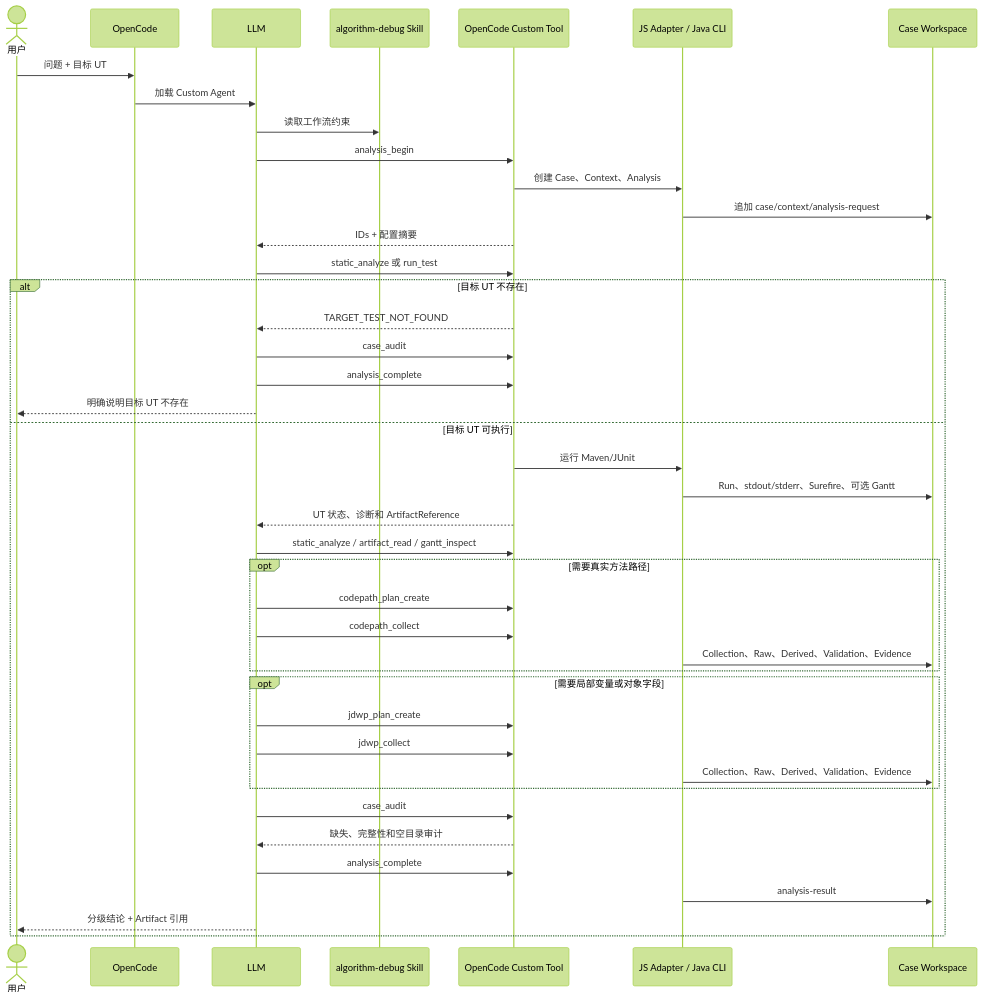
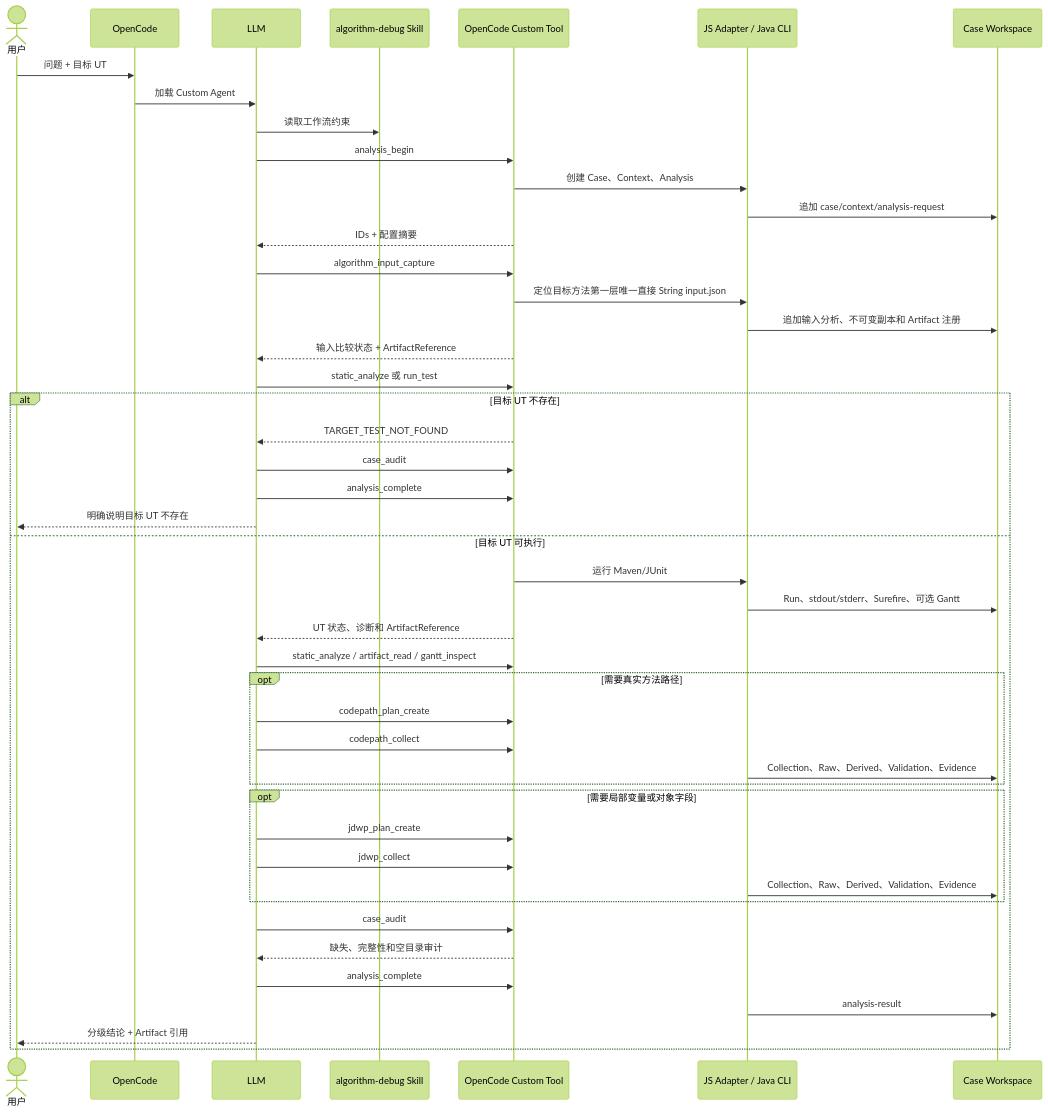
One commit to mh90901119-oss/algorithm-debug-agent changed the diagram in docs/architecture/algorithm-debug-agent-module-detailed-design-v1.md. Above: the diagram before and after it, drawn with Mermaid (forest theme). The commit also changed other lines of this file and 71 other files, not shown here.

Commit message:
feat: add algorithm input capture and portable lifecycle

````diff
--- a/docs/architecture/algorithm-debug-agent-module-detailed-design-v1.md
+++ b/docs/architecture/algorithm-debug-agent-module-detailed-design-v1.md
@@ -31,45 +31,49 @@
 ```mermaid
 sequenceDiagram
     actor U as 用户
     participant O as OpenCode
     participant M as LLM
     participant S as algorithm-debug Skill
     participant T as OpenCode Custom Tool
     participant J as JS Adapter / Java CLI
     participant W as Case Workspace
 
     U->>O: 问题 + 目标 UT
     O->>M: 加载 Custom Agent
     M->>S: 读取工作流约束
     M->>T: analysis_begin
     T->>J: 创建 Case、Context、Analysis
     J->>W: 追加 case/context/analysis-request
     T-->>M: IDs + 配置摘要
+    M->>T: algorithm_input_capture
+    T->>J: 定位目标方法第一层唯一直接 String input.json
+    J->>W: 追加输入分析、不可变副本和 Artifact 注册
+    T-->>M: 输入比较状态 + ArtifactReference
     M->>T: static_analyze 或 run_test
     alt 目标 UT 不存在
         T-->>M: TARGET_TEST_NOT_FOUND
         M->>T: case_audit
         M->>T: analysis_complete
         M-->>U: 明确说明目标 UT 不存在
     else 目标 UT 可执行
         T->>J: 运行 Maven/JUnit
         J->>W: Run、stdout/stderr、Surefire、可选 Gantt
         T-->>M: UT 状态、诊断和 ArtifactReference
         M->>T: static_analyze / artifact_read / gantt_inspect
         opt 需要真实方法路径
             M->>T: codepath_plan_create
             M->>T: codepath_collect
             J->>W: Collection、Raw、Derived、Validation、Evidence
         end
         opt 需要局部变量或对象字段
             M->>T: jdwp_plan_create
             M->>T: jdwp_collect
             J->>W: Collection、Raw、Derived、Validation、Evidence
         end
         M->>T: case_audit
         T-->>M: 缺失、完整性和空目录审计
         M->>T: analysis_complete
         J->>W: analysis-result
         M-->>U: 分级结论 + Artifact 引用
     end
 ```
````
